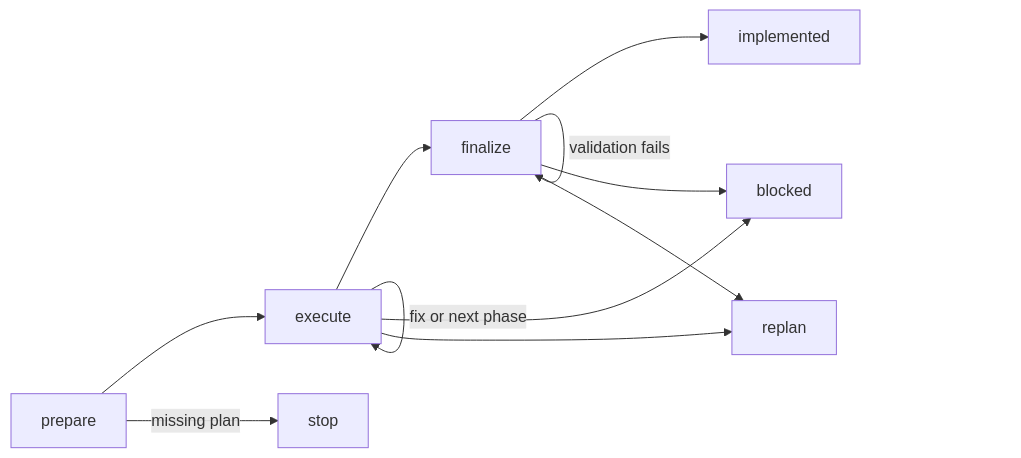
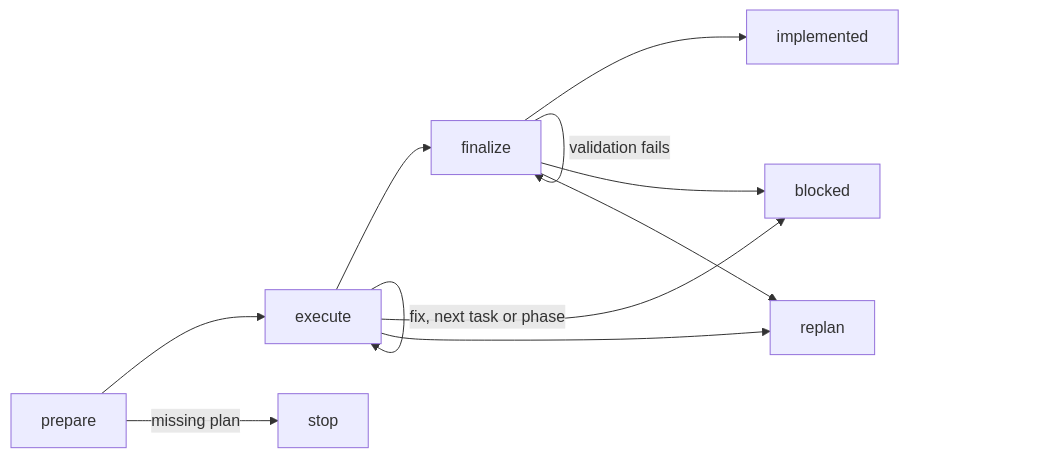
Before and after one commit to ai-driven-dev/framework: the diagram in plugins/aidd-dev/skills/02-implement/SKILL.md, drawn with Mermaid. The commit also changed other lines of this file and 2 other files, not shown here.

````diff
--- a/plugins/aidd-dev/skills/02-implement/SKILL.md
+++ b/plugins/aidd-dev/skills/02-implement/SKILL.md
@@ -9,11 +9,11 @@
 ```mermaid
 flowchart LR
   prepare --> execute --> finalize --> implemented
   prepare -->|missing plan| stop
-  execute -->|fix or next phase| execute
+  execute -->|fix, next task or phase| execute
   execute --> blocked
   execute --> replan
   finalize -->|validation fails| finalize
   finalize --> blocked
   finalize --> replan
 ```
````
